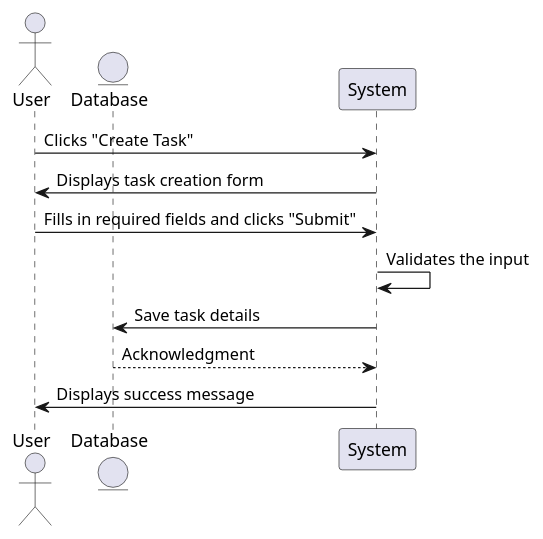
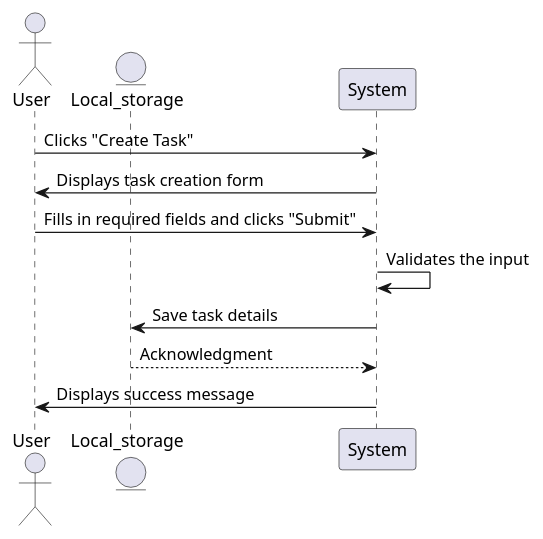
One commit to Karim-Ashraf1/Task-Management-System changed the diagram in Task Management System/design/sequence_diagrams/SD1.puml. Above: the diagram before and after it, drawn with PlantUML. The commit also changed 3 other files, not shown here.

```diff
--- a/Task Management System/design/sequence_diagrams/SD1.puml
+++ b/Task Management System/design/sequence_diagrams/SD1.puml
@@ -1,15 +1,15 @@
 @startuml
 actor User
-entity Database
+entity Local_storage
 
 User -> System: Clicks "Create Task"
 System -> User: Displays task creation form
 User -> System: Fills in required fields and clicks "Submit"
 System -> System: Validates the input
 
-System -> Database: Save task details
-Database --> System: Acknowledgment
+System -> Local_storage: Save task details
+Local_storage --> System: Acknowledgment
 System -> User: Displays success message
 
 
 @enduml
```
